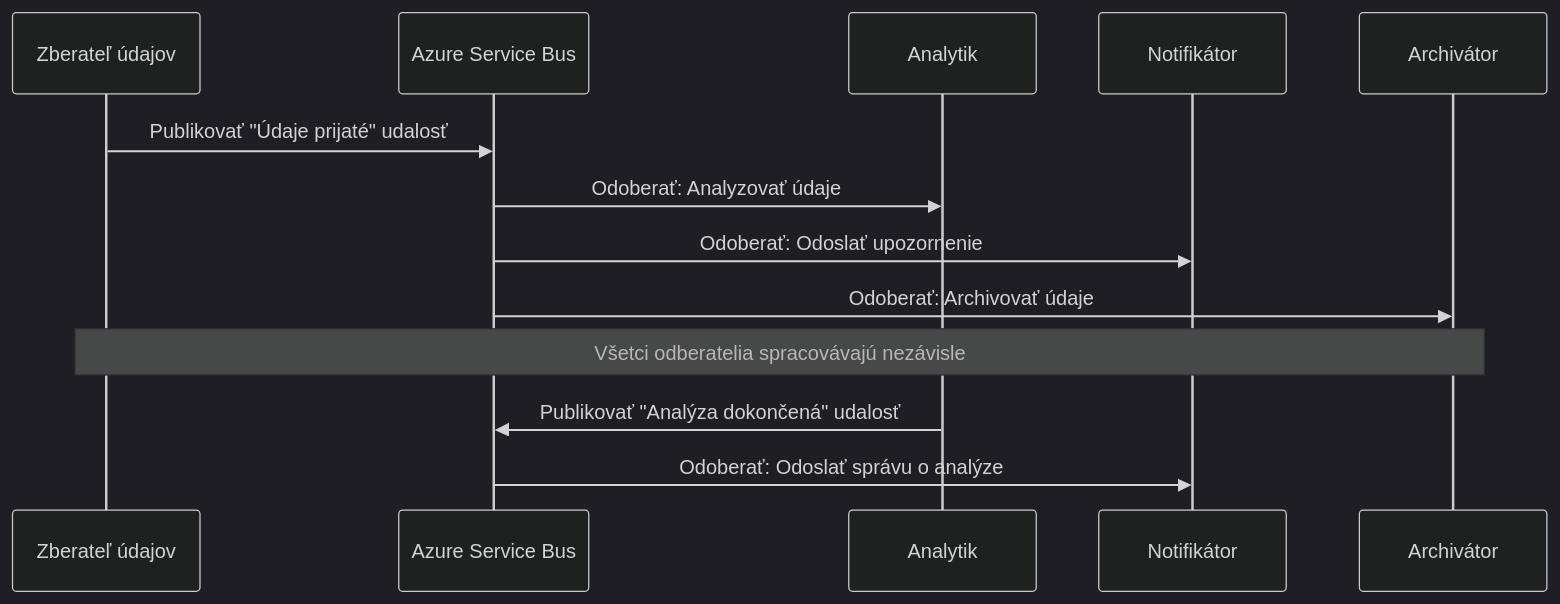
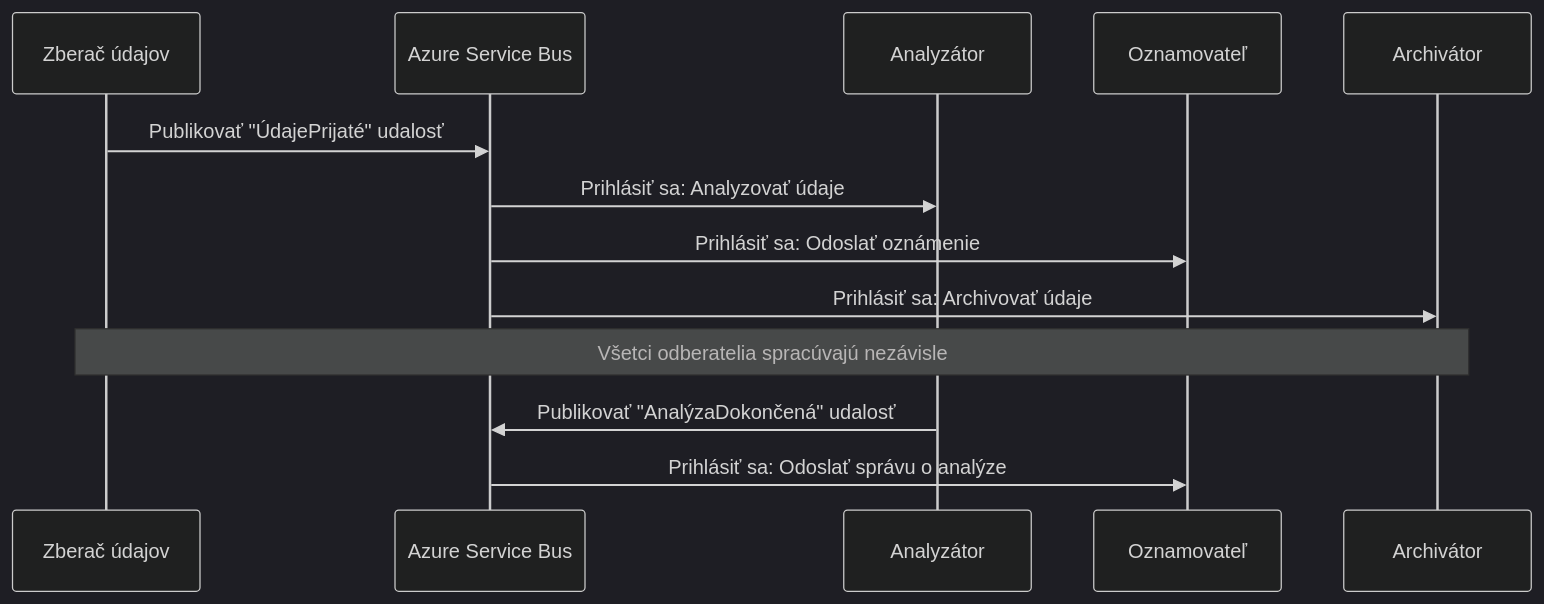
One commit to microsoft/AZD-for-beginners changed the fourth of 6 diagrams in translations/sk/docs/chapter-06-pre-deployment/coordination-patterns.md. Above: the diagram before and after it, drawn with Mermaid (dark theme). The commit also changed other lines of this file and 101 other files, not shown here.

````diff
--- a/translations/sk/docs/chapter-06-pre-deployment/coordination-patterns.md
+++ b/translations/sk/docs/chapter-06-pre-deployment/coordination-patterns.md
@@ -191,18 +185,18 @@
 ```mermaid
 sequenceDiagram
-    participant Agent1 as Zberateľ údajov
+    participant Agent1 as Zberač údajov
     participant EventBus as Azure Service Bus
-    participant Agent2 as Analytik
-    participant Agent3 as Notifikátor
+    participant Agent2 as Analyzátor
+    participant Agent3 as Oznamovateľ
     participant Agent4 as Archivátor
     
-    Agent1->>EventBus: Publikovať "Údaje prijaté" udalosť
-    EventBus->>Agent2: Odoberať: Analyzovať údaje
-    EventBus->>Agent3: Odoberať: Odoslať upozornenie
-    EventBus->>Agent4: Odoberať: Archivovať údaje
+    Agent1->>EventBus: Publikovať "ÚdajePrijaté" udalosť
+    EventBus->>Agent2: Prihlásiť sa: Analyzovať údaje
+    EventBus->>Agent3: Prihlásiť sa: Odoslať oznámenie
+    EventBus->>Agent4: Prihlásiť sa: Archivovať údaje
     
-    Note over Agent1,Agent4: Všetci odberatelia spracovávajú nezávisle
+    Note over Agent1,Agent4: Všetci odberatelia spracúvajú nezávisle
     
-    Agent2->>EventBus: Publikovať "Analýza dokončená" udalosť
-    EventBus->>Agent3: Odoberať: Odoslať správu o analýze
+    Agent2->>EventBus: Publikovať "AnalýzaDokončená" udalosť
+    EventBus->>Agent3: Prihlásiť sa: Odoslať správu o analýze
 ```
````
